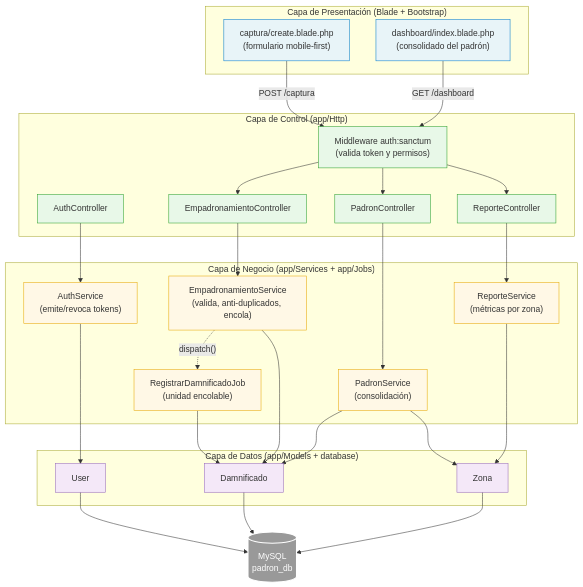
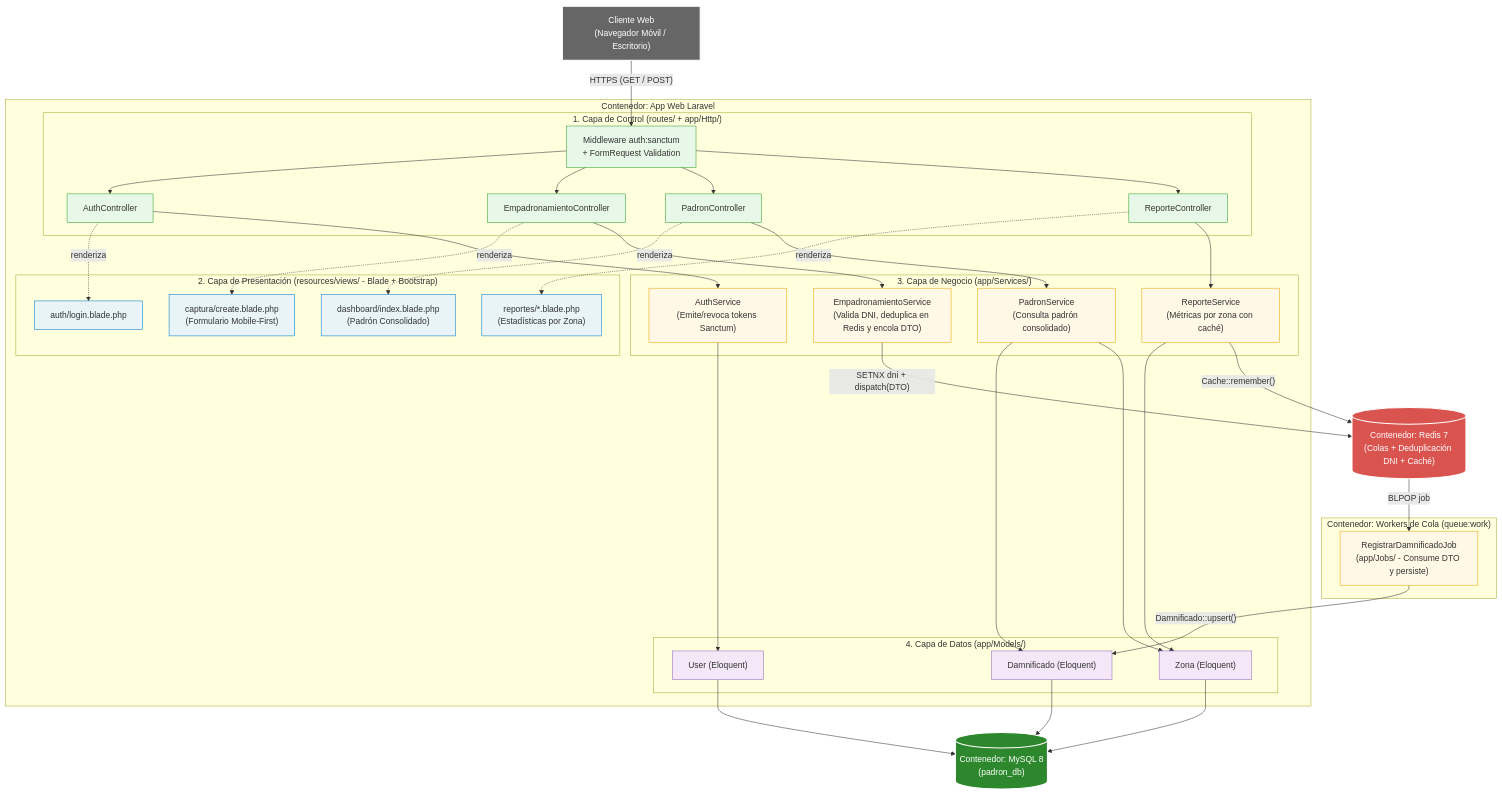
The diagram in img/fuentes-mermaid/nivel3-componentes.mmd (gabrielquispe27-ops/Sistema-Empadronamiento_arquiSoft_Quispe-02), drawn with Mermaid before and after one commit. The commit also changed 31 other files, not shown here.

First line of the commit message:
docs(arquitectura): optimización C4, integración de Redis y diagramas actualizados

```diff
--- a/img/fuentes-mermaid/nivel3-componentes.mmd
+++ b/img/fuentes-mermaid/nivel3-componentes.mmd
@@ -1,57 +1,77 @@
 flowchart TD
+    classDef client fill:#666666,stroke:#fff,stroke-width:2px,color:#fff
     classDef pres fill:#e8f4f8,stroke:#007acc,stroke-width:1px,color:#333
     classDef ctrl fill:#e8f8e8,stroke:#2ca02c,stroke-width:1px,color:#333
     classDef biz fill:#fff8e6,stroke:#e6a800,stroke-width:1px,color:#333
     classDef data fill:#f4e8f8,stroke:#9467bd,stroke-width:1px,color:#333
-    classDef ext fill:#999999,stroke:#fff,stroke-width:2px,color:#fff
+    classDef queue fill:#d9534f,stroke:#fff,stroke-width:2px,color:#fff
+    classDef db fill:#2d882d,stroke:#fff,stroke-width:2px,color:#fff
 
-    subgraph PRES ["Capa de Presentación (Blade + Bootstrap)"]
-        V_Cap["captura/create.blade.php\n(formulario mobile-first)"]:::pres
-        V_Dash["dashboard/index.blade.php\n(consolidado del padrón)"]:::pres
+    Nav["Cliente Web\n(Navegador Móvil / Escritorio)"]:::client
+
+    subgraph WEB_CONTAINER ["Contenedor: App Web Laravel"]
+        subgraph CTRL ["1. Capa de Control (routes/ + app/Http/)"]
+            MW["Middleware auth:sanctum\n+ FormRequest Validation"]:::ctrl
+            C_Auth["AuthController"]:::ctrl
+            C_Cap["EmpadronamientoController"]:::ctrl
+            C_Pad["PadronController"]:::ctrl
+            C_Rep["ReporteController"]:::ctrl
+        end
+
+        subgraph PRES ["2. Capa de Presentación (resources/views/ - Blade + Bootstrap)"]
+            V_Auth["auth/login.blade.php"]:::pres
+            V_Cap["captura/create.blade.php\n(Formulario Mobile-First)"]:::pres
+            V_Dash["dashboard/index.blade.php\n(Padrón Consolidado)"]:::pres
+            V_Rep["reportes/*.blade.php\n(Estadísticas por Zona)"]:::pres
+        end
+
+        subgraph BIZ ["3. Capa de Negocio (app/Services/)"]
+            S_Auth["AuthService\n(Emite/revoca tokens Sanctum)"]:::biz
+            S_Cap["EmpadronamientoService\n(Valida DNI, deduplica en Redis y encola DTO)"]:::biz
+            S_Pad["PadronService\n(Consulta padrón consolidado)"]:::biz
+            S_Rep["ReporteService\n(Métricas por zona con caché)"]:::biz
+        end
+
+        subgraph DATA ["4. Capa de Datos (app/Models/)"]
+            M_User["User (Eloquent)"]:::data
+            M_Dam["Damnificado (Eloquent)"]:::data
+            M_Zona["Zona (Eloquent)"]:::data
+        end
     end
 
-    subgraph CTRL ["Capa de Control (app/Http)"]
-        MW["Middleware auth:sanctum\n(valida token y permisos)"]:::ctrl
-        C_Auth["AuthController"]:::ctrl
-        C_Cap["EmpadronamientoController"]:::ctrl
-        C_Pad["PadronController"]:::ctrl
-        C_Rep["ReporteController"]:::ctrl
+    subgraph WORKER_CONTAINER ["Contenedor: Workers de Cola (queue:work)"]
+        J_Reg["RegistrarDamnificadoJob\n(app/Jobs/ - Consume DTO y persiste)"]:::biz
     end
 
-    subgraph BIZ ["Capa de Negocio (app/Services + app/Jobs)"]
-        S_Auth["AuthService\n(emite/revoca tokens)"]:::biz
-        S_Cap["EmpadronamientoService\n(valida, anti-duplicados, encola)"]:::biz
-        S_Pad["PadronService\n(consolidación)"]:::biz
-        S_Rep["ReporteService\n(métricas por zona)"]:::biz
-        J_Reg["RegistrarDamnificadoJob\n(unidad encolable)"]:::biz
-    end
+    Redis[("Contenedor: Redis 7\n(Colas + Deduplicación DNI + Caché)")]:::queue
+    DB[("Contenedor: MySQL 8\n(padron_db)")]:::db
 
-    subgraph DATA ["Capa de Datos (app/Models + database)"]
-        M_User["User"]:::data
-        M_Dam["Damnificado"]:::data
-        M_Zona["Zona"]:::data
-    end
-
-    DB[("MySQL\npadron_db")]:::ext
-
-    V_Cap -- "POST /captura" --> MW
-    V_Dash -- "GET /dashboard" --> MW
+    Nav -- "HTTPS (GET / POST)" --> MW
+    MW --> C_Auth
     MW --> C_Cap
     MW --> C_Pad
     MW --> C_Rep
+
+    C_Auth -. "renderiza" .-> V_Auth
+    C_Cap -. "renderiza" .-> V_Cap
+    C_Pad -. "renderiza" .-> V_Dash
+    C_Rep -. "renderiza" .-> V_Rep
 
     C_Auth --> S_Auth
     C_Cap --> S_Cap
     C_Pad --> S_Pad
     C_Rep --> S_Rep
 
-    S_Cap -. "dispatch()" .-> J_Reg
-    S_Cap --> M_Dam
+    S_Auth --> M_User
+    S_Cap -- "SETNX dni + dispatch(DTO)" --> Redis
+    Redis -- "BLPOP job" --> J_Reg
+    J_Reg -- "Damnificado::upsert()" --> M_Dam
+
     S_Pad --> M_Dam
     S_Pad --> M_Zona
     S_Rep --> M_Zona
-    S_Auth --> M_User
-    J_Reg --> M_Dam
+    S_Rep -- "Cache::remember()" --> Redis
+
+    M_User --> DB
     M_Dam --> DB
     M_Zona --> DB
-    M_User --> DB
```
